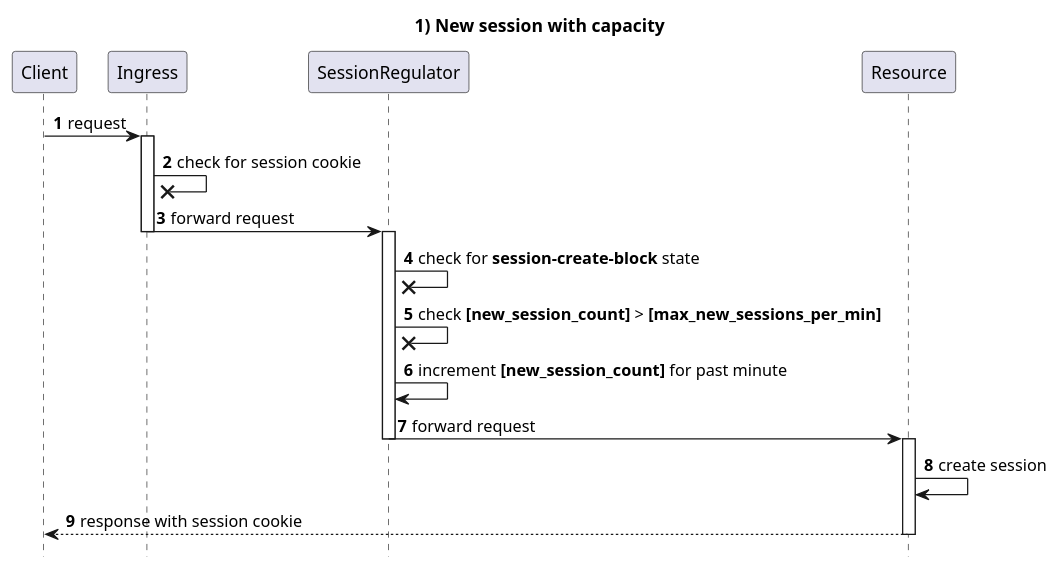
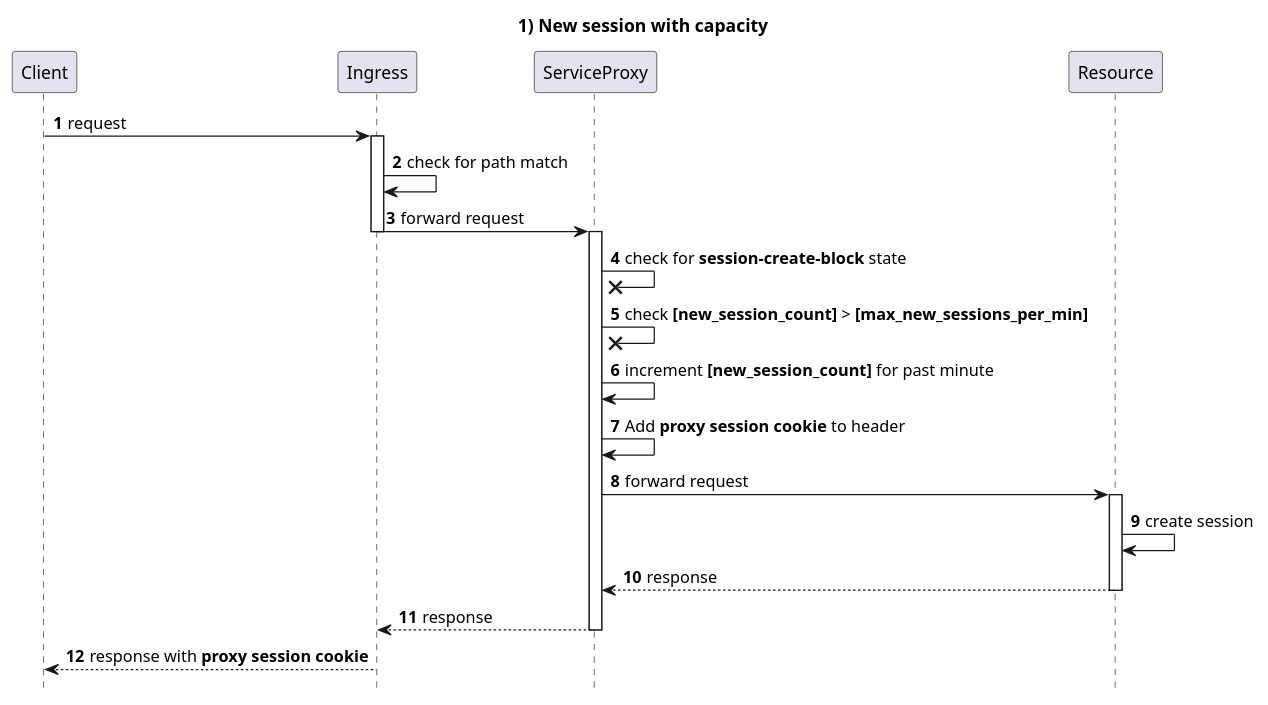
Before and after one commit to travisnielsen/k8s-waitroom: the diagram in docs/1-new-session-with-capacity.puml, drawn with PlantUML. The commit also changed 12 other files, not shown here.

Commit message:
refactoring. added session block

```diff
--- a/docs/1-new-session-with-capacity.puml
+++ b/docs/1-new-session-with-capacity.puml
@@ -1,28 +1,29 @@
-@startuml Waitroom (generic) new session with capacity
+@startuml 1-new-session-with-capacity
 
 title 1) New session with capacity
 
 autonumber
 hide footbox
 
 Client -> Ingress: request
 activate Ingress
-Ingress ->X Ingress: check for session cookie
-Ingress -> SessionRegulator: forward request
+Ingress -> Ingress: check for path match
+Ingress -> ServiceProxy: forward request
 deactivate Ingress
 
-activate SessionRegulator
-SessionRegulator ->X SessionRegulator: check for <b>session-create-block</b> state
-SessionRegulator ->X SessionRegulator: check <b>[new_session_count]</b> > <b>[max_new_sessions_per_min]</b>
-SessionRegulator -> SessionRegulator: increment <b>[new_session_count]</b> for past minute
-SessionRegulator -> Resource: forward request
-deactivate SessionRegulator
+activate ServiceProxy
+ServiceProxy ->X ServiceProxy: check for <b>session-create-block</b> state
+ServiceProxy ->X ServiceProxy: check <b>[new_session_count]</b> > <b>[max_new_sessions_per_min]</b>
+ServiceProxy -> ServiceProxy: increment <b>[new_session_count]</b> for past minute
+ServiceProxy -> ServiceProxy: Add <b>proxy session cookie</b> to header
+ServiceProxy -> Resource: forward request
 
 activate Resource
 Resource -> Resource: create session
-Resource --> Client: response with session cookie
-
+Resource --> ServiceProxy: response
 deactivate Resource
-
+ServiceProxy --> Ingress: response
+deactivate ServiceProxy
+Ingress --> Client: response with <b>proxy session cookie</b>
 
 @enduml
```
